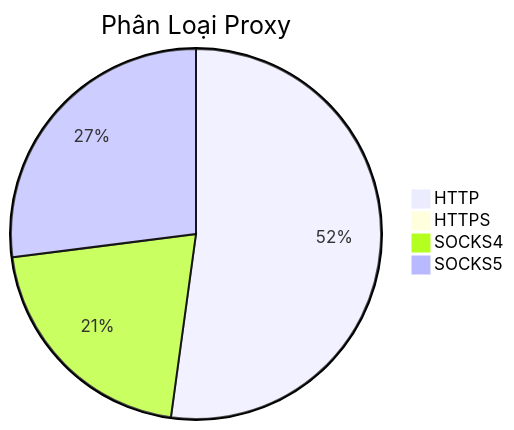
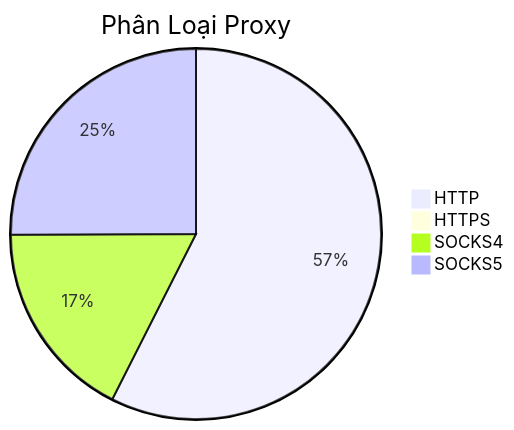
One commit to Ciara-12/PROXY-free changed the diagram in README.md. Above: the diagram before and after it, drawn with Mermaid. The commit also changed other lines of this file and 3 other files, not shown here.

````diff
--- a/README.md
+++ b/README.md
@@ -26,7 +26,7 @@
 ```mermaid
 pie title Phân Loại Proxy
-    "HTTP" : 674
+    "HTTP" : 720
     "HTTPS" : 0
-    "SOCKS4" : 269
-    "SOCKS5" : 349
+    "SOCKS4" : 219
+    "SOCKS5" : 314
 ```
````
